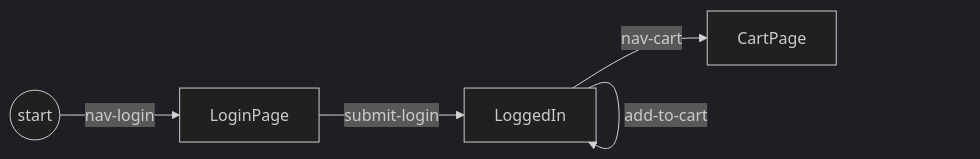
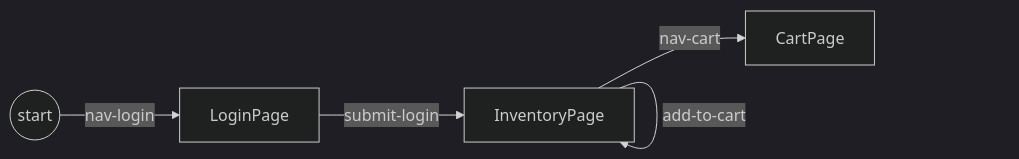
The diagram in docs/index.md (deviate-dv8/waygraph), drawn with Mermaid (dark theme) before and after one commit. The commit also changed 74 other files, not shown here.

Commit message:
saucedemo: the products page's Checkpoint is InventoryPage (was LoggedIn, a state, not a page), like LoginPage, CartPage and CheckoutInfoPage; the quickstart, tests, docs and examples follow

````diff
--- a/docs/index.md
+++ b/docs/index.md
@@ -23,7 +23,7 @@
 ```mermaid
 graph LR
   S((start)) -->|nav-login| L[LoginPage]
-  L -->|submit-login| I[LoggedIn]
+  L -->|submit-login| I[InventoryPage]
   I -->|add-to-cart| I
   I -->|nav-cart| P[CartPage]
 ```
````
